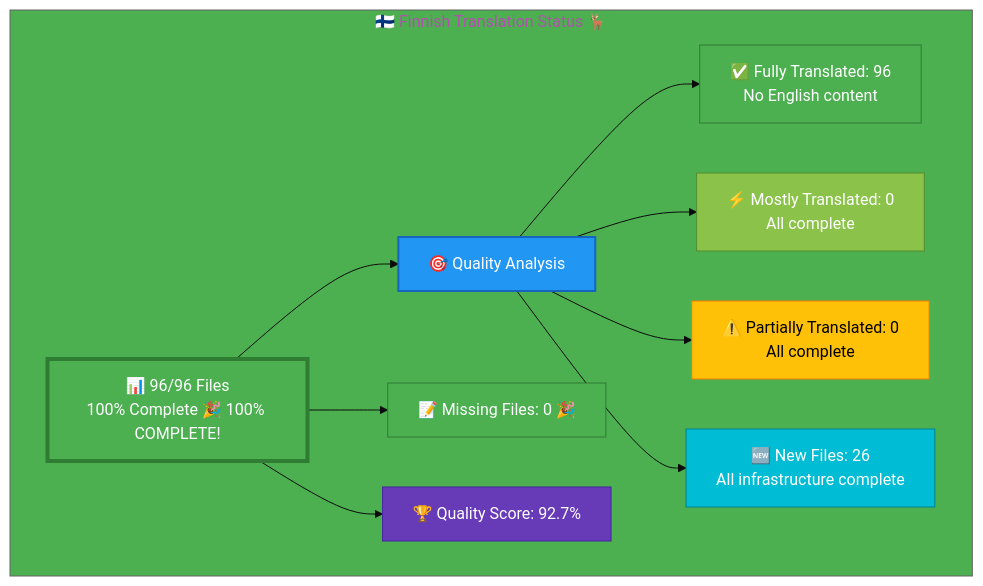
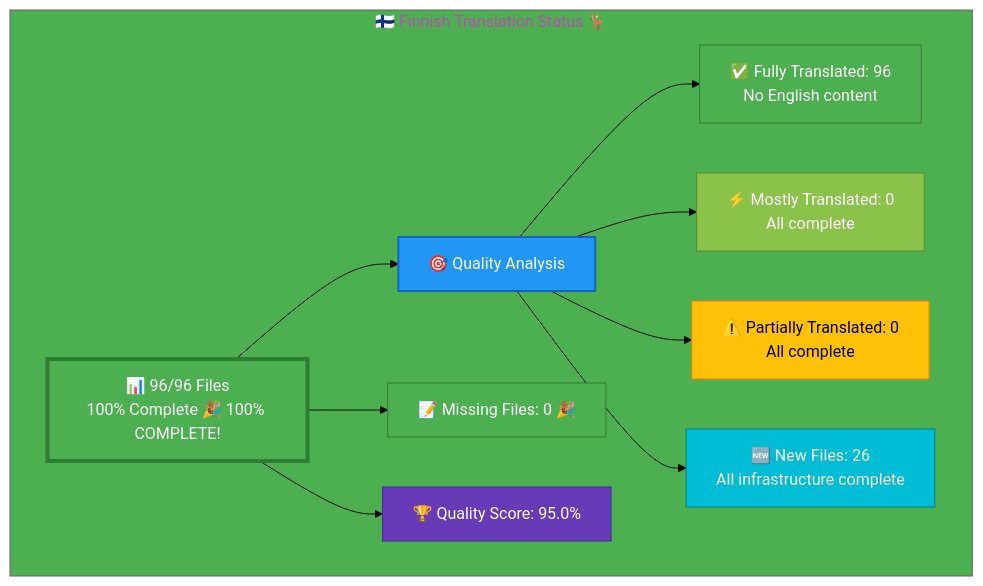
Before and after one commit to Hack23/homepage: the diagram in Finnish-Translation-Status.md, drawn with Mermaid. The commit also changed other lines of this file and 19 other files, not shown here.

First line of the commit message:
Complete Finnish translation QA review with Schema.org fixes

````diff
--- a/Finnish-Translation-Status.md
+++ b/Finnish-Translation-Status.md
@@ -12,26 +13,26 @@
 ```mermaid
 %%{init: {'theme':'base', 'themeVariables': {'primaryColor':'#4CAF50','secondaryColor':'#2196F3','tertiaryColor':'#4CAF50','fontSize':'16px'}}}%%
 graph TB
     subgraph "🇫🇮 Finnish Translation Status 🦌"
         A["📊 96/96 Files<br/>100% Complete 🎉 100% COMPLETE!"]
         
         A --> B["🎯 Quality Analysis"]
         B --> C["✅ Fully Translated: 96<br/>No English content"]
         B --> D["⚡ Mostly Translated: 0<br/>All complete"]
         B --> E["⚠️  Partially Translated: 0<br/>All complete"]
         B --> F["🆕 New Files: 26<br/>All infrastructure complete"]
         
         A --> G["📝 Missing Files: 0 🎉"]
         
-        A --> H["🏆 Quality Score: 92.7%"]
+        A --> H["🏆 Quality Score: 95.0%"]
         
         style A fill:#4CAF50,stroke:#2E7D32,color:#fff,stroke-width:4px
         style B fill:#2196F3,stroke:#1565C0,color:#fff,stroke-width:2px
         style C fill:#4CAF50,stroke:#2E7D32,color:#fff
         style D fill:#8BC34A,stroke:#558B2F,color:#fff
         style E fill:#FFC107,stroke:#F57C00,color:#000
         style F fill:#00BCD4,stroke:#00838F,color:#fff
         style G fill:#4CAF50,stroke:#2E7D32,color:#fff
         style H fill:#673AB7,stroke:#4527A0,color:#fff
     end
 ```
````
